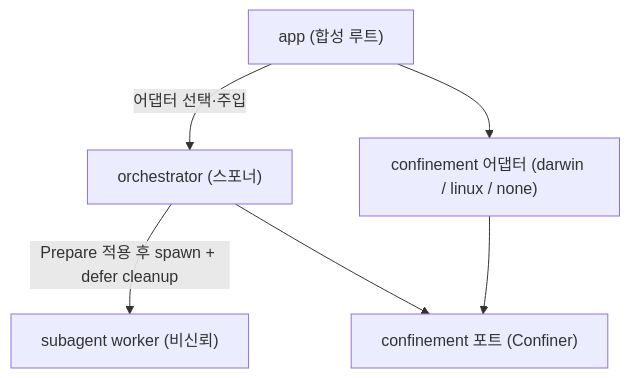
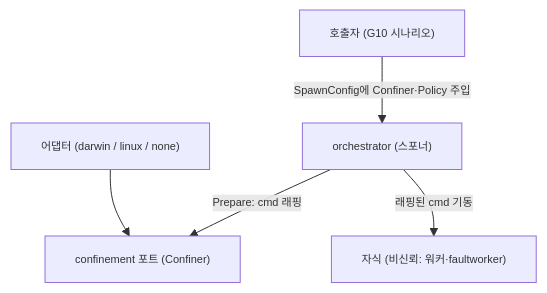
The diagram in docs/로드맵/11-os-수준-격리-및-악의-워커-차단/ROADMAP.md (RadiantCitron/authz-harness), drawn with Mermaid before and after one commit. The commit also changed other lines of this file and 6 other files, not shown here.

First line of the commit message:
docs(roadmap-11): 보고서 020 반영 — DAC 플라시보 제거, 허용 목록 정책, faultworker 이관, 부모 관찰 판정, 모듈 경계 재편

````diff
--- a/docs/로드맵/11-os-수준-격리-및-악의-워커-차단/ROADMAP.md
+++ b/docs/로드맵/11-os-수준-격리-및-악의-워커-차단/ROADMAP.md
@@ -17,8 +17,8 @@
 ```mermaid
+%%{init: {'themeVariables': {'fontSize': '11px'}}}%%
 flowchart TD
-  A["app (합성 루트)"] -->|"어댑터 선택·주입"| S["orchestrator (스포너)"]
-  A --> M["confinement 어댑터 (darwin / linux / none)"]
-  S -->|"Prepare 적용 후 spawn + defer cleanup"| W["subagent worker (비신뢰)"]
-  S --> P["confinement 포트 (Confiner)"]
-  M --> P
+  C["호출자 (G10 시나리오)"] -->|"SpawnConfig에 Confiner·Policy 주입"| S["orchestrator (스포너)"]
+  S -->|"Prepare: cmd 래핑"| P["confinement 포트 (Confiner)"]
+  M["어댑터 (darwin / linux / none)"] --> P
+  S -->|"래핑된 cmd 기동"| W["자식 (비신뢰: 워커·faultworker)"]
 ```
````
